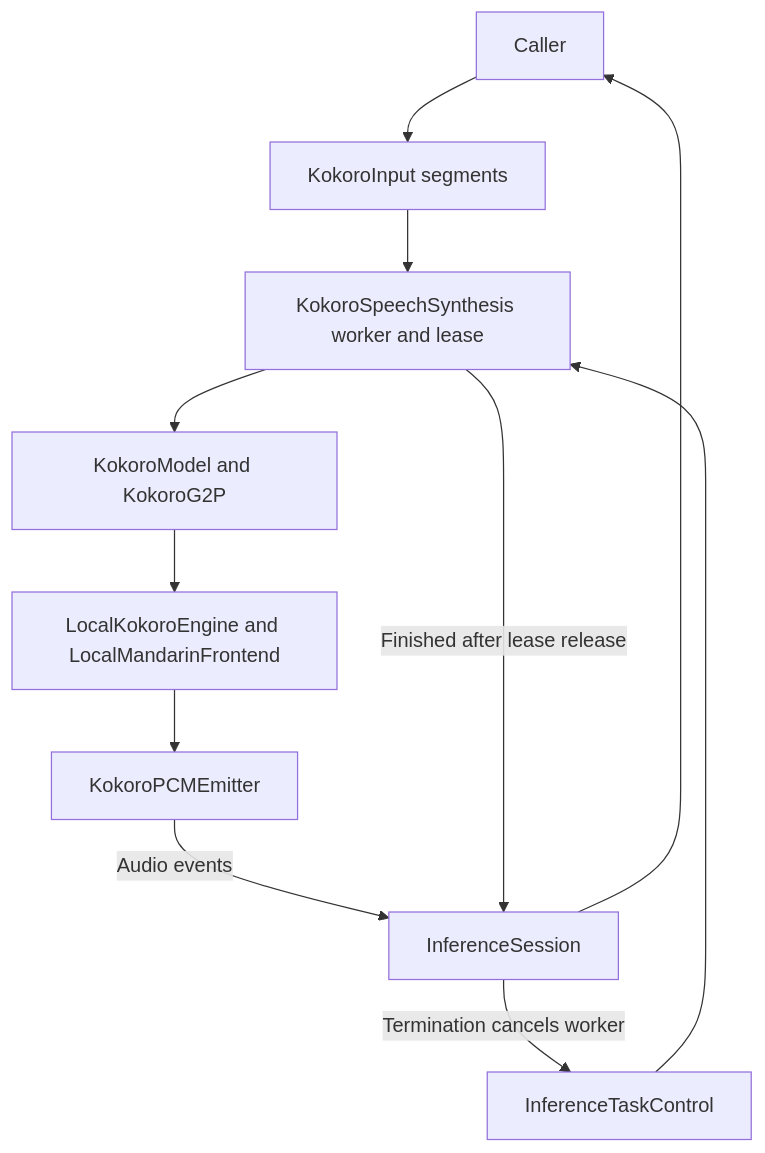
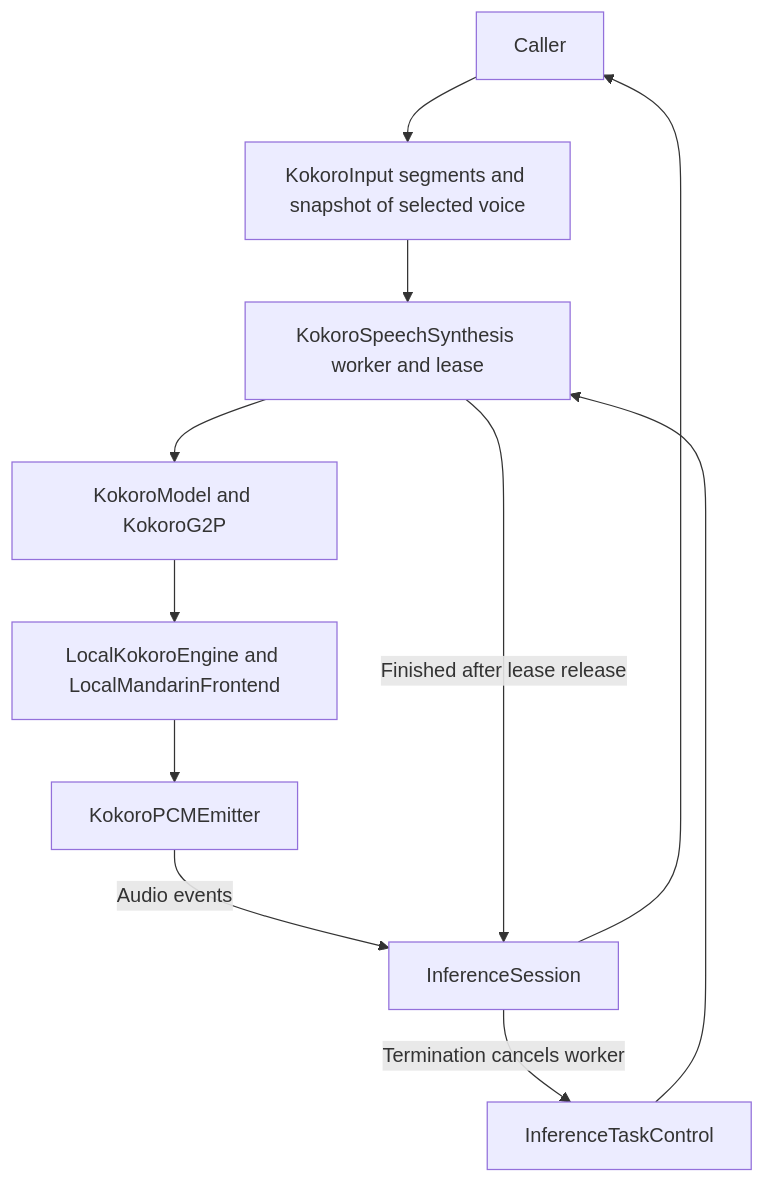
The diagram in MobileHarness/ModelKit/Speech/TTS/Kokoro/README.md (devilyouwei/MobileHarness), drawn with Mermaid before and after one commit. The commit also changed other lines of this file and 201 other files, not shown here.

````diff
--- a/MobileHarness/ModelKit/Speech/TTS/Kokoro/README.md
+++ b/MobileHarness/ModelKit/Speech/TTS/Kokoro/README.md
@@ -17,13 +17,13 @@
 ```mermaid
 flowchart TB
- Caller --> Input[KokoroInput segments]
+ Caller --> Input[KokoroInput segments and snapshot of selected voice]
  Input --> Worker[KokoroSpeechSynthesis worker and lease]
  Worker --> Model[KokoroModel and KokoroG2P]
  Model --> Engines[LocalKokoroEngine and LocalMandarinFrontend]
  Engines --> PCM[KokoroPCMEmitter]
  PCM -->|Audio events| Session[InferenceSession]
  Worker -->|Finished after lease release| Session
  Session --> Caller
  Session -->|Termination cancels worker| Control[InferenceTaskControl]
  Control --> Worker
 ```
````
